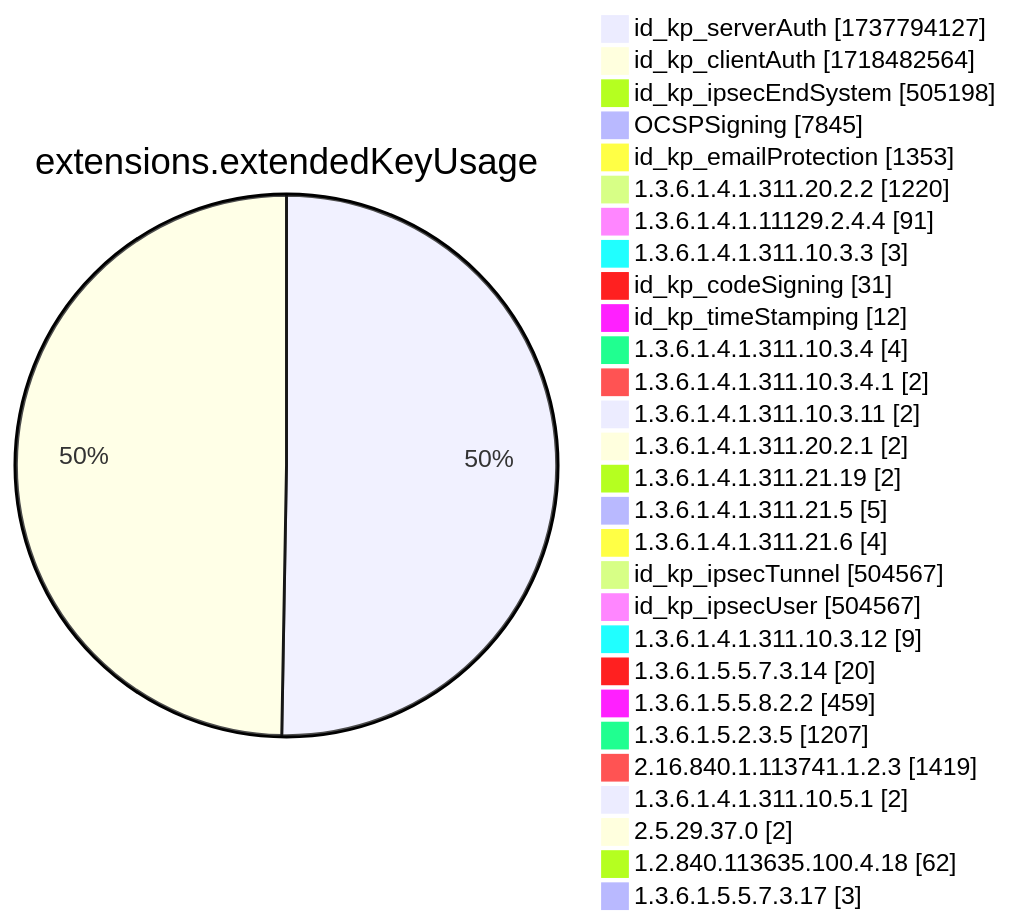
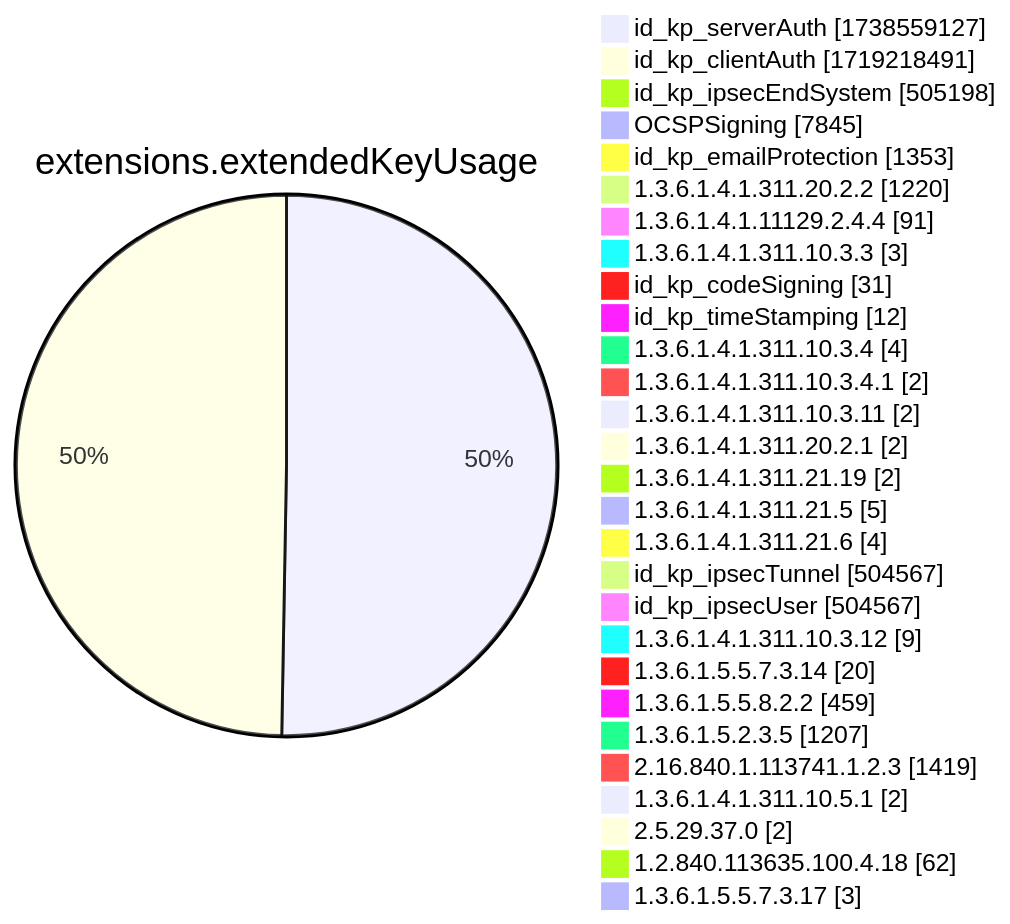
One commit to christiankrug/ctmonitor_visualization changed diagram 12 of 15 in xenon2022/README.md. Above: the diagram before and after it, drawn with Mermaid. The commit also changed other lines of this file, not shown here.

````diff
--- a/xenon2022/README.md
+++ b/xenon2022/README.md
@@ -3892,32 +3892,32 @@
 ```mermaid
 pie showData
 title extensions.extendedKeyUsage
-"id_kp_serverAuth" :1737794127
-"id_kp_clientAuth" :1718482564
+"id_kp_serverAuth" :1738559127
+"id_kp_clientAuth" :1719218491
 "id_kp_ipsecEndSystem" :505198
 "OCSPSigning" :7845
 "id_kp_emailProtection" :1353
 "1.3.6.1.4.1.311.20.2.2" :1220
 "1.3.6.1.4.1.11129.2.4.4" :91
 "1.3.6.1.4.1.311.10.3.3" :3
 "id_kp_codeSigning" :31
 "id_kp_timeStamping" :12
 "1.3.6.1.4.1.311.10.3.4" :4
 "1.3.6.1.4.1.311.10.3.4.1" :2
 "1.3.6.1.4.1.311.10.3.11" :2
 "1.3.6.1.4.1.311.20.2.1" :2
 "1.3.6.1.4.1.311.21.19" :2
 "1.3.6.1.4.1.311.21.5" :5
 "1.3.6.1.4.1.311.21.6" :4
 "id_kp_ipsecTunnel" :504567
 "id_kp_ipsecUser" :504567
 "1.3.6.1.4.1.311.10.3.12" :9
 "1.3.6.1.5.5.7.3.14" :20
 "1.3.6.1.5.5.8.2.2" :459
 "1.3.6.1.5.2.3.5" :1207
 "2.16.840.1.113741.1.2.3" :1419
 "1.3.6.1.4.1.311.10.5.1" :2
 "2.5.29.37.0" :2
 "1.2.840.113635.100.4.18" :62
 "1.3.6.1.5.5.7.3.17" :3
 ```
````
